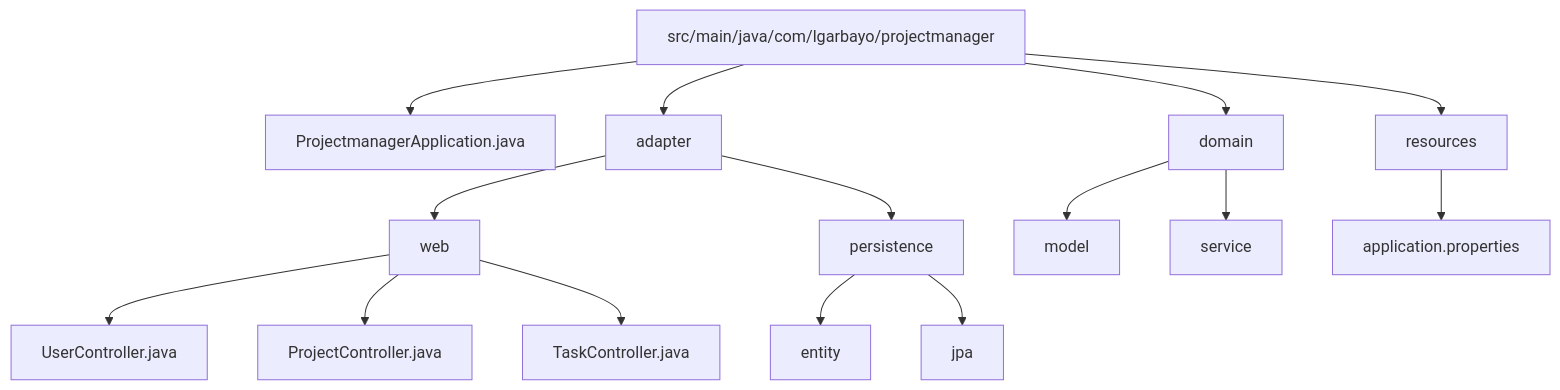
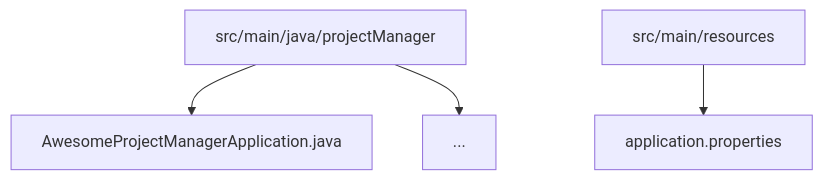
One commit to lgarbayo/project-manager-API-Rest changed the second of 2 diagrams in README.md. Above: the diagram before and after it, drawn with Mermaid. The commit also changed other lines of this file, not shown here.

````diff
--- a/README.md
+++ b/README.md
@@ -33,19 +33,8 @@
 ```mermaid
 graph TD
-  A[src/main/java/com/lgarbayo/projectmanager]
-  A --> B[ProjectmanagerApplication.java]
-  A --> C[adapter]
-  C --> C1[web]
-  C1 --> C11[UserController.java]
-  C1 --> C12[ProjectController.java]
-  C1 --> C13[TaskController.java]
-  C --> C2[persistence]
-  C2 --> C21[entity]
-  C2 --> C22[jpa]
-  A --> D[domain]
-  D --> D1[model]
-  D --> D2[service]
-  A --> E[resources]
-  E --> E1[application.properties]
-
+  A[src/main/java/projectManager]
+  A --> B[AwesomeProjectManagerApplication.java]
+  A --> C[...]
+  D[src/main/resources]
+  D --> D1[application.properties]
 ```
````
